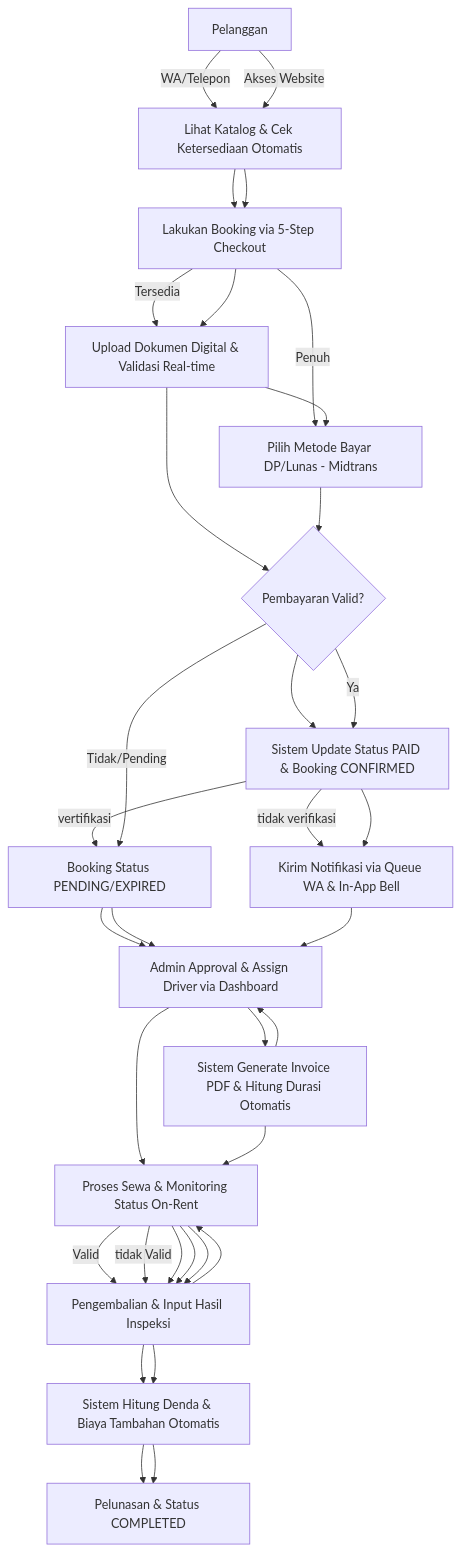
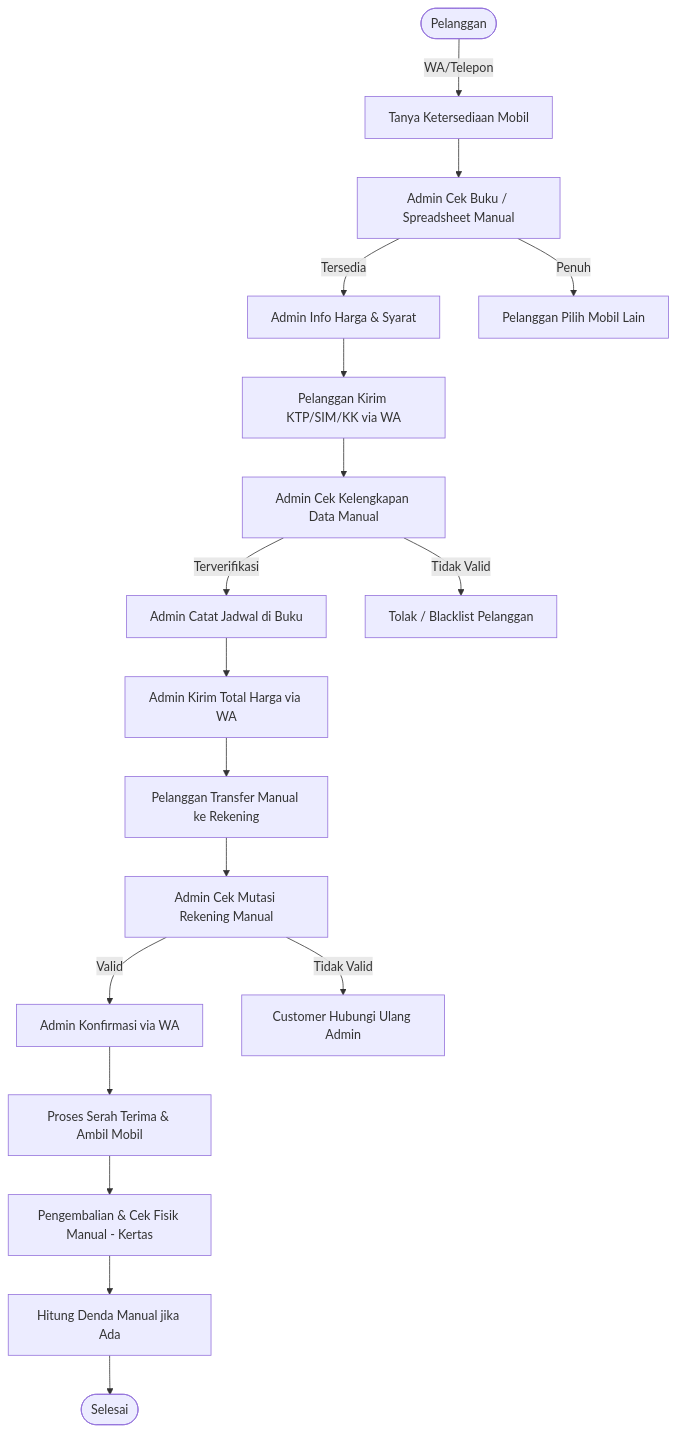
One commit to oddycosplay/website-rental-mobil changed the first of 7 diagrams in documents/BRD/sistem-berjalan.md. Above: the diagram before and after it, drawn with Mermaid. The commit also changed other lines of this file and 91 other files, not shown here.

Commit message:
feat: update database schema, UML diagrams, and Filament resources for Siliwangi Rental

````diff
--- a/documents/BRD/sistem-berjalan.md
+++ b/documents/BRD/sistem-berjalan.md
@@ -17,37 +21,20 @@
 ```mermaid
 graph TD
-    A[Pelanggan] -->|WA/Telepon| B[Tanya Ketersediaan Mobil]
-    B --> C[Admin Cek Buku/Spreadsheet Manual]
+    A([Pelanggan]) -->|WA/Telepon| B[Tanya Ketersediaan Mobil]
+    B --> C[Admin Cek Buku / Spreadsheet Manual]
     C -->|Tersedia| D[Admin Info Harga & Syarat]
-    C -->|Penuh| E[pilih mobil lain]
-    D --> F[Pelanggan Kirim data diri & Foto KTP/SIM/KK via WA]
-    F --> G[Admin Cek Kelengkapan & Keaslian Data via data Base]
-    G -->|vertifikasi| H[Admin lanjutkan proses]
-    G -->|tidak verifikasi| I[Admin Tolak Data / blacklist]
-    H --> J[Admin Catat Jadwal Manual]
-    H --> J[Admin kirim persyaratan peminjaman dan total harga yang harus di bayar]
-    K --> J[Pelanggan Transfer Manual ke Rekening]
-    J --> L[Admin Cek Mutasi Rekening Manual]
-    L -->|Valid| M[Admin Konfirmasi via WA lanjutkan proses]
-    L -->|tidak Valid| M[Customer ganti cara pembayaran /cek mutasi rekening tidak ada]
-    L --> M[Admin mengecek ketersediaan mobil dan mengirimkan info jadwal]
-    M --> L[Admin menginfokan mobil dan driver ke customer]
-    L --> M[Proses Sewa & Ambil Mobil]
-    M --> N[Pengembalian & Cek Fisik Manual]
-    N --> O[Hitung Denda Jika Ada - Manual]
-
-    A[Pelanggan] -->|Akses Website| B[Lihat Katalog & Cek Ketersediaan Otomatis]
-    B --> C[Lakukan Booking via 5-Step Checkout]
-    C --> D[Upload Dokumen Digital & Validasi Real-time]
-    D --> E[Pilih Metode Bayar DP/Lunas - Midtrans]
-    E --> F{Pembayaran Valid?}
-    F -->|Ya| G[Sistem Update Status PAID & Booking CONFIRMED]
-    F -->|Tidak/Pending| H[Booking Status PENDING/EXPIRED]
-    G --> I[Kirim Notifikasi via Queue WA & In-App Bell]
-    I --> J[Admin Approval & Assign Driver via Dashboard]
-    J --> K[Sistem Generate Invoice PDF & Hitung Durasi Otomatis]
-    K --> L[Proses Sewa & Monitoring Status On-Rent]
-    L --> M[Pengembalian & Input Hasil Inspeksi]
-    M --> N[Sistem Hitung Denda & Biaya Tambahan Otomatis]
-    N --> O[Pelunasan & Status COMPLETED]
+    C -->|Penuh| E[Pelanggan Pilih Mobil Lain]
+    D --> F[Pelanggan Kirim KTP/SIM/KK via WA]
+    F --> G[Admin Cek Kelengkapan Data Manual]
+    G -->|Terverifikasi| H[Admin Catat Jadwal di Buku]
+    G -->|Tidak Valid| I[Tolak / Blacklist Pelanggan]
+    H --> J[Admin Kirim Total Harga via WA]
+    J --> K[Pelanggan Transfer Manual ke Rekening]
+    K --> L[Admin Cek Mutasi Rekening Manual]
+    L -->|Valid| M[Admin Konfirmasi via WA]
+    L -->|Tidak Valid| N[Customer Hubungi Ulang Admin]
+    M --> O[Proses Serah Terima & Ambil Mobil]
+    O --> P[Pengembalian & Cek Fisik Manual - Kertas]
+    P --> Q[Hitung Denda Manual jika Ada]
+    Q --> R([Selesai])
 ```
````
